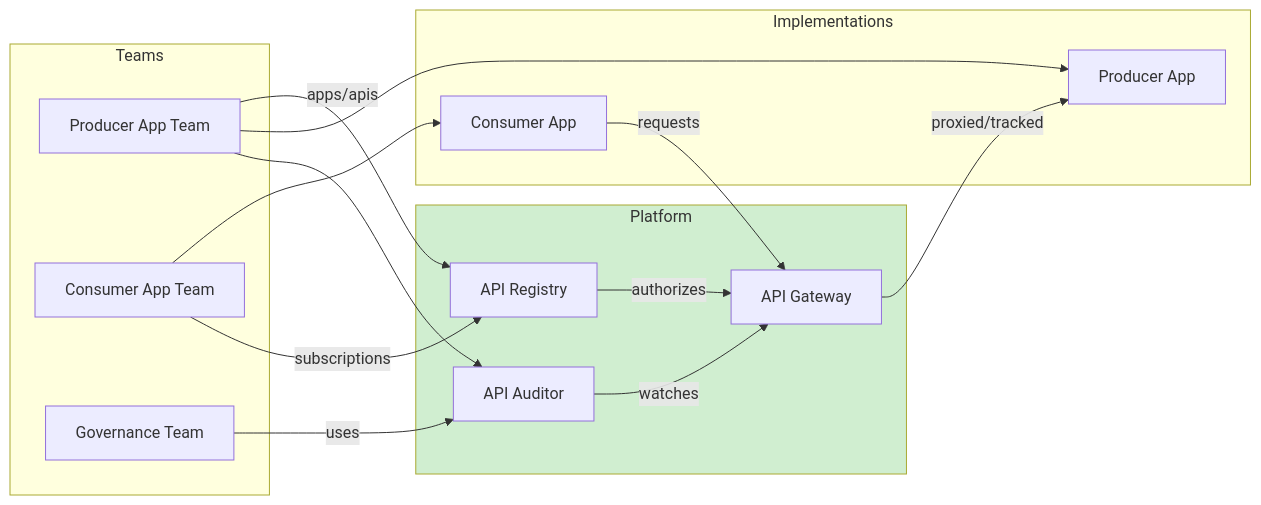
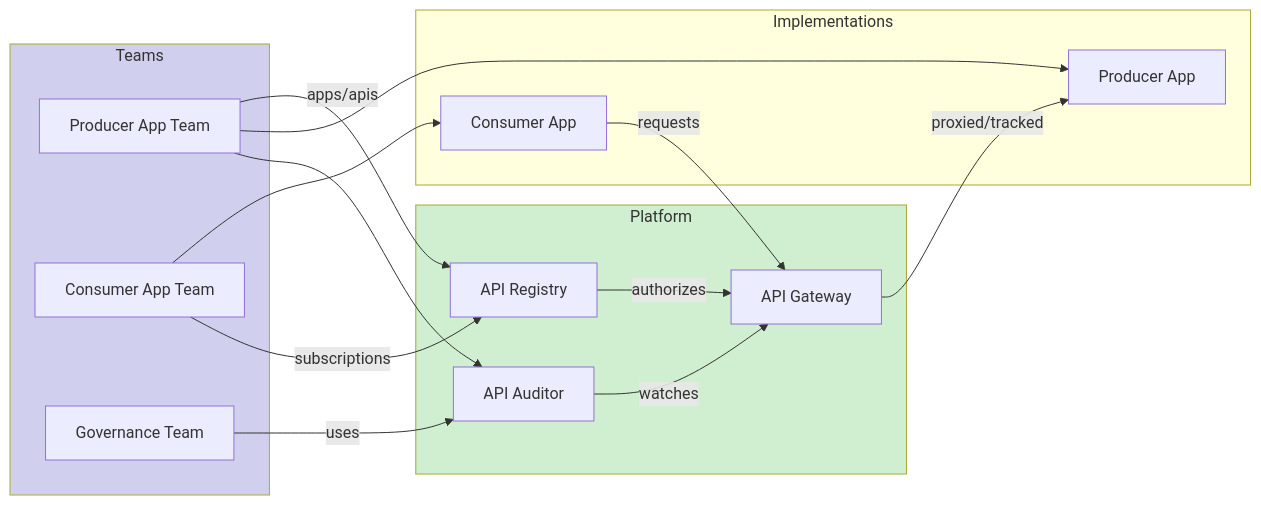
The first of 9 diagrams in technical-design.md (barbecuesteve/api-governance), drawn with Mermaid before and after one commit. The commit also changed other lines of this file and 1 other file, not shown here.

```diff
--- a/technical-design.md
+++ b/technical-design.md
@@ -26,32 +26,34 @@
 <pre class="mermaid">
 flowchart LR
     subgraph Teams
         TeamP[Producer App Team]
         TeamC[Consumer App Team]
         Admin[Governance Team]
     end
 
     subgraph Platform
         Registry[API Registry]
         Gateway[API Gateway]
         Auditor[API Auditor]
     end
 
     subgraph Implementations
         AppC[Consumer App]
         AppP[Producer App]
     end
 
     Registry -->|authorizes| Gateway
     Gateway -->|proxied/tracked| AppP
     AppC -->|requests| Gateway
     TeamP -->|apps/apis| Registry
     TeamP --> AppP
     TeamC --> AppC
     TeamC -->|subscriptions| Registry
     TeamP --> Auditor
     Admin -->|uses| Auditor
     Auditor -->|watches| Gateway
 
     style Platform fill:#D0EED0
+    style Teams fill:#D0D0EE  
+    style Implementations fill:#E0ED0E0
 </pre>
```
